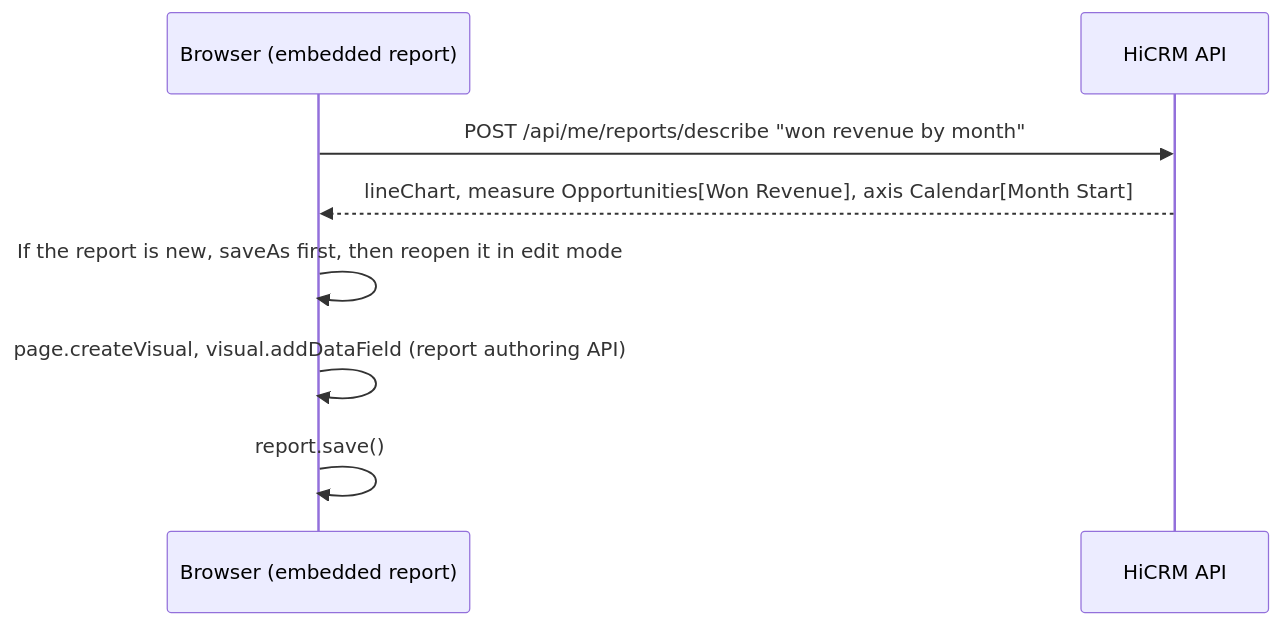
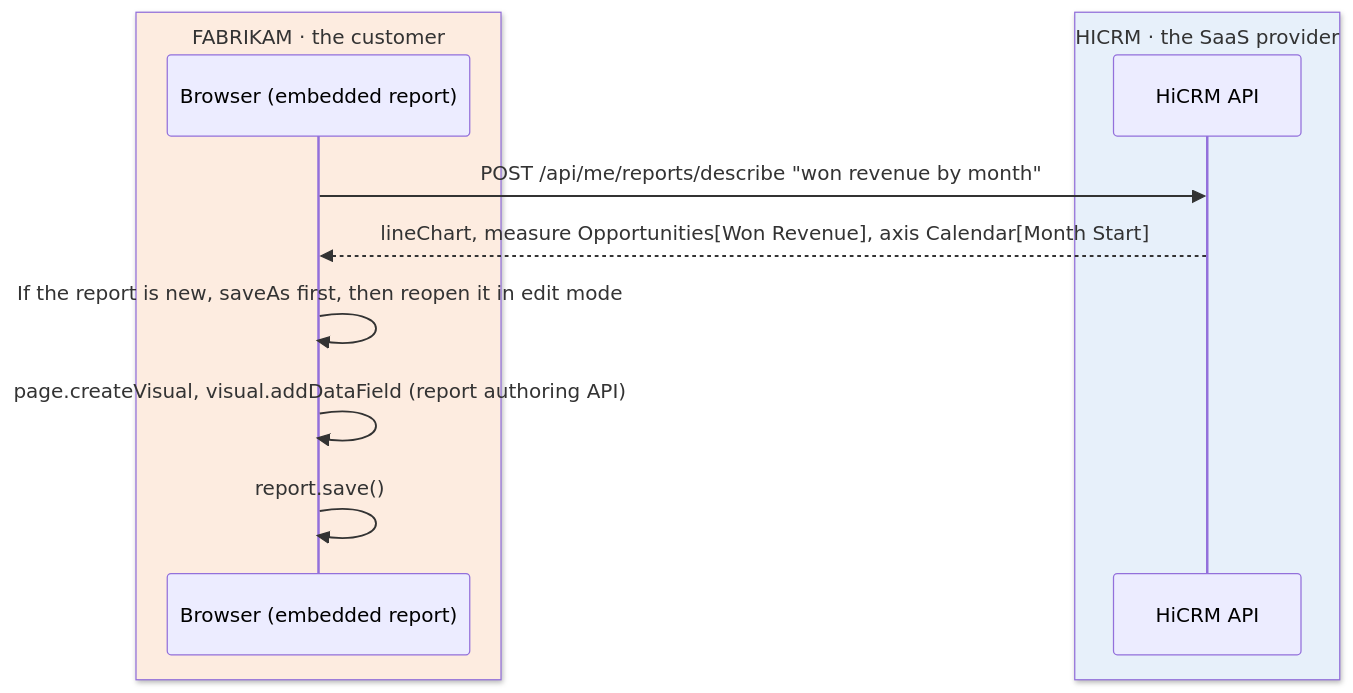
One commit to apkola29/fabric changed the sixth of 7 diagrams in saas-platform/ARCHITECTURE.md. Above: the diagram before and after it, drawn with Mermaid. The commit also changed other lines of this file and 9 other files, not shown here.

First line of the commit message:
saas-platform: who owns what, end-to-end flow and the data integration add-on

````diff
--- a/saas-platform/ARCHITECTURE.md
+++ b/saas-platform/ARCHITECTURE.md
@@ -219,11 +380,15 @@
 ```mermaid
 sequenceDiagram
-  participant B as Browser (embedded report)
-  participant A as HiCRM API
+  box rgb(253,236,224) FABRIKAM · the customer
+    participant B as Browser (embedded report)
+  end
+  box rgb(231,240,250) HICRM · the SaaS provider
+    participant A as HiCRM API
+  end
 
   B->>A: POST /api/me/reports/describe "won revenue by month"
   A-->>B: lineChart, measure Opportunities[Won Revenue], axis Calendar[Month Start]
   B->>B: If the report is new, saveAs first, then reopen it in edit mode
   B->>B: page.createVisual, visual.addDataField (report authoring API)
   B->>B: report.save()
 ```
````
